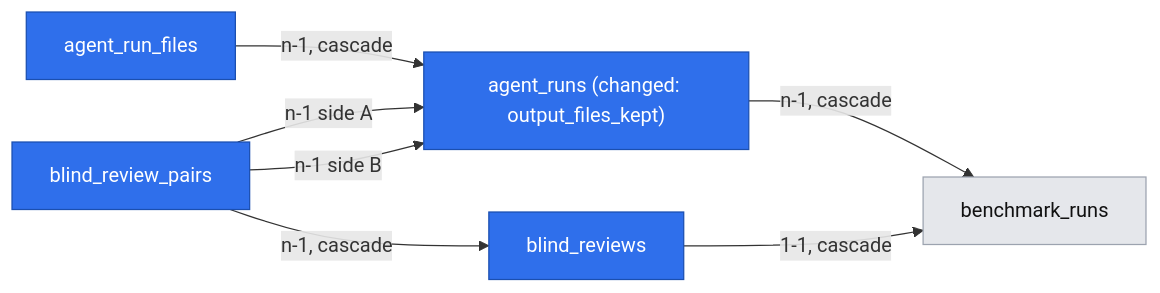
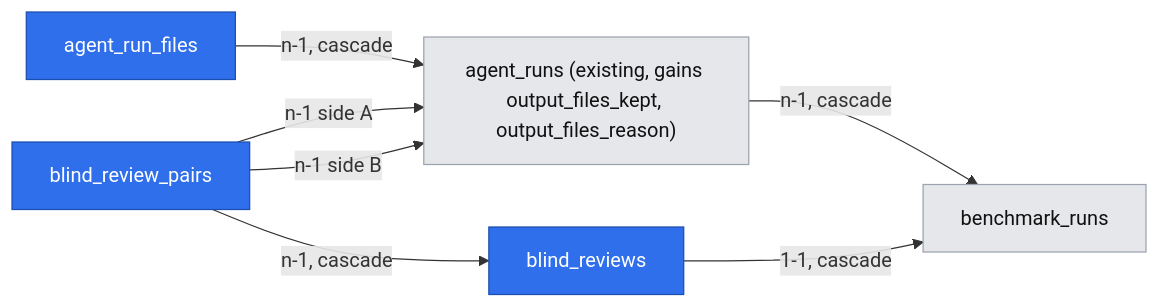
The first of 2 diagrams in .ai/specs/2026-10-29-agent-run-output-files.md (MetaX5/DirectiveBench), drawn with Mermaid before and after one commit. The commit also changed other lines of this file, not shown here.

````diff
--- a/.ai/specs/2026-10-29-agent-run-output-files.md
+++ b/.ai/specs/2026-10-29-agent-run-output-files.md
@@ -244,18 +252,18 @@
 ```mermaid
 flowchart LR
     classDef newEntity fill:#2f6feb,color:#fff,stroke:#1b4fb0
     classDef existingEntity fill:#e5e7eb,color:#111,stroke:#9ca3af
 
     entity_1["agent_run_files"]:::newEntity
     entity_2["blind_reviews"]:::newEntity
     entity_3["blind_review_pairs"]:::newEntity
-    entity_4["agent_runs (changed: output_files_kept)"]:::newEntity
+    entity_4["agent_runs (existing, gains output_files_kept, output_files_reason)"]:::existingEntity
     entity_5["benchmark_runs"]:::existingEntity
 
     entity_4 -->|"n-1, cascade"| entity_5
     entity_1 -->|"n-1, cascade"| entity_4
     entity_2 -->|"1-1, cascade"| entity_5
     entity_3 -->|"n-1, cascade"| entity_2
     entity_3 -->|"n-1 side A"| entity_4
     entity_3 -->|"n-1 side B"| entity_4
 ```
````
